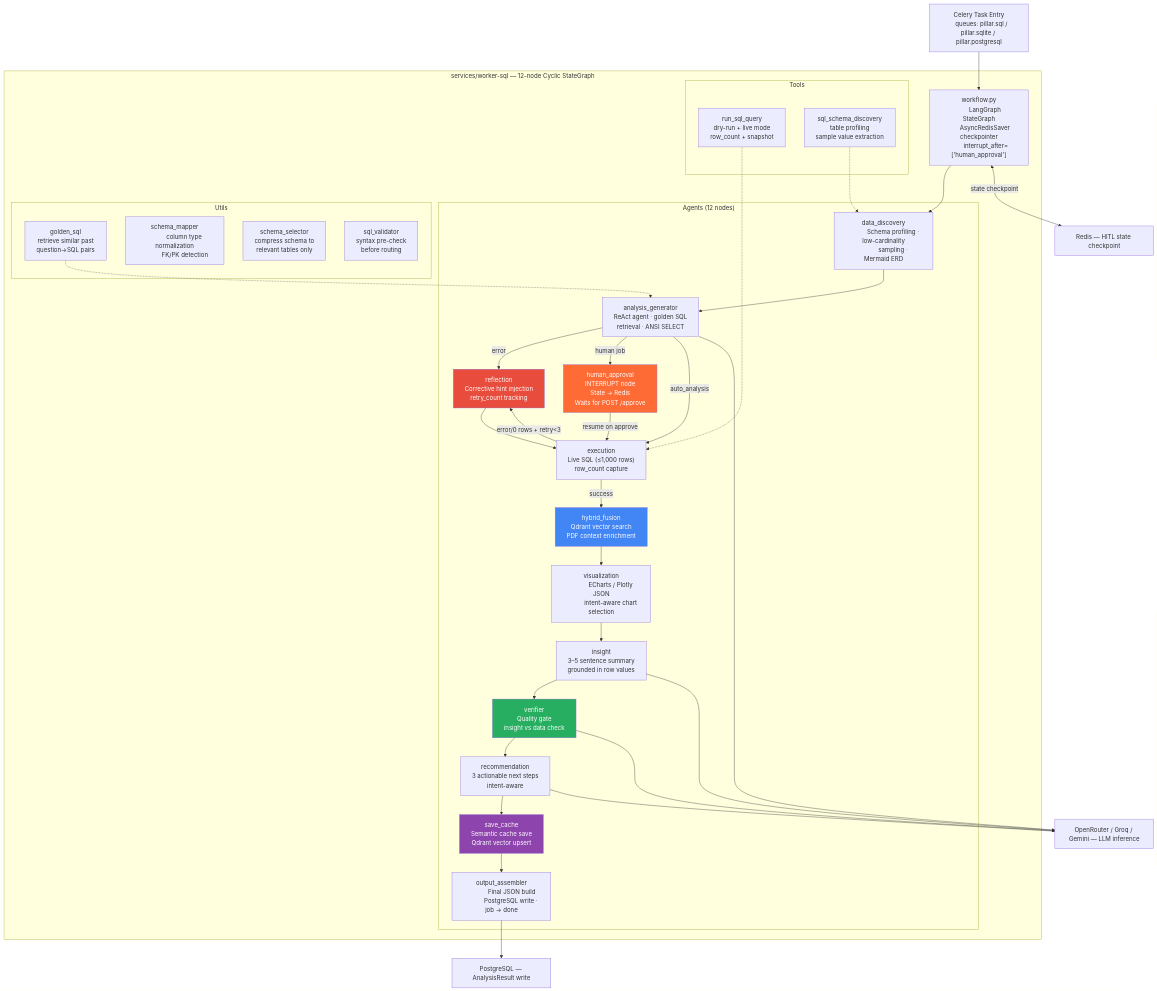
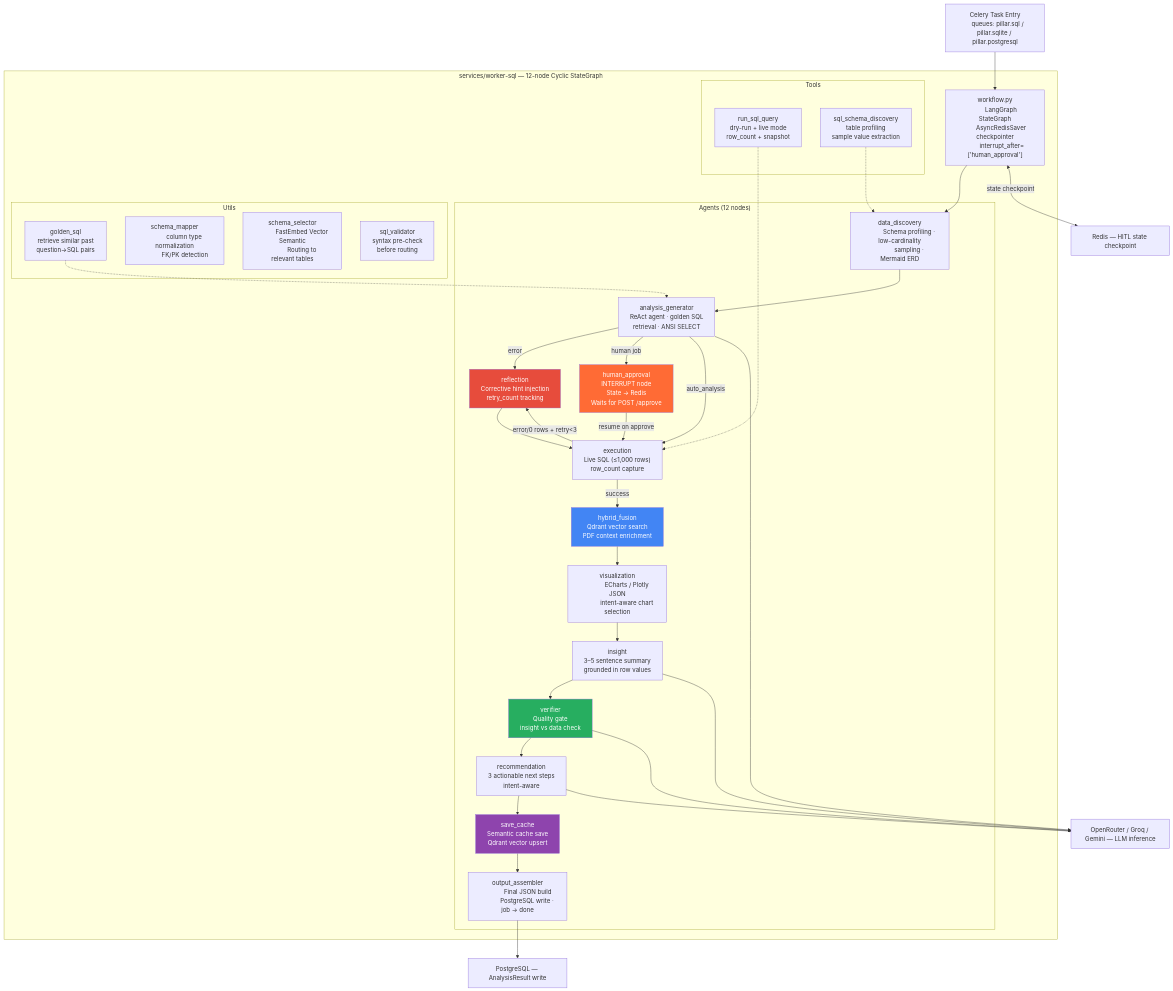
Before and after one commit to OmarAbdelhamidAly/OpenQ-Federated-Agentic-Intelligence-Platform: the fourth of 13 diagrams in NTI_C4_DIAGRAMS.md, drawn with Mermaid. The commit also changed other lines of this file and 3 other files, not shown here.

```diff
--- a/NTI_C4_DIAGRAMS.md
+++ b/NTI_C4_DIAGRAMS.md
@@ -478,8 +485,8 @@
             FK/PK detection"]
 
             SS["schema_selector
-            compress schema to
-            relevant tables only"]
+            FastEmbed Vector Semantic
+            Routing to relevant tables"]
 
             SV["sql_validator
             syntax pre-check
```
